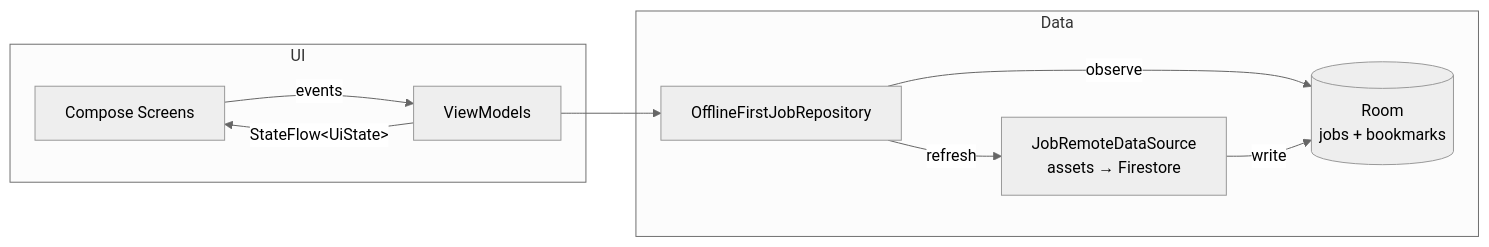
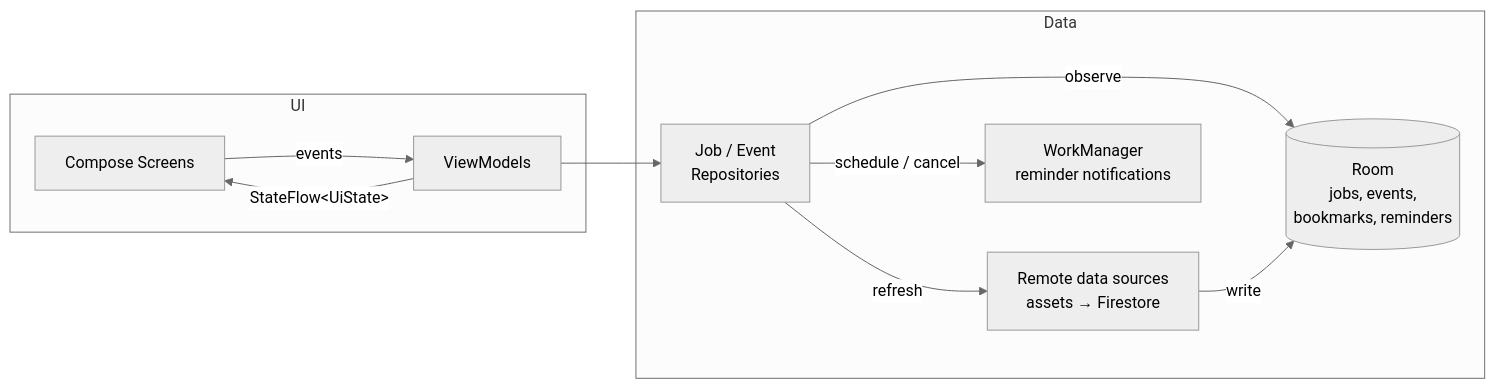
The diagram in README.md (Azvar-AlHasan/PuskarUIN), drawn with Mermaid (neutral theme) before and after one commit. The commit also changed other lines of this file and 8 other files, not shown here.

Commit message:
docs: README for v0.2.0 with events, reminders, and new screenshots

````diff
--- a/README.md
+++ b/README.md
@@ -43,16 +52,18 @@
 ```mermaid
 flowchart LR
     subgraph UI
         S[Compose Screens] -->|events| VM[ViewModels]
         VM -->|StateFlow&lt;UiState&gt;| S
     end
     subgraph Data
-        R[OfflineFirstJobRepository]
-        DB[(Room<br/>jobs + bookmarks)]
-        RM[JobRemoteDataSource<br/>assets → Firestore]
+        R[Job / Event<br/>Repositories]
+        DB[(Room<br/>jobs, events,<br/>bookmarks, reminders)]
+        RM[Remote data sources<br/>assets → Firestore]
+        WM[WorkManager<br/>reminder notifications]
     end
     VM --> R
     R -->|observe| DB
     R -->|refresh| RM
     RM -->|write| DB
+    R -->|schedule / cancel| WM
 ```
````
